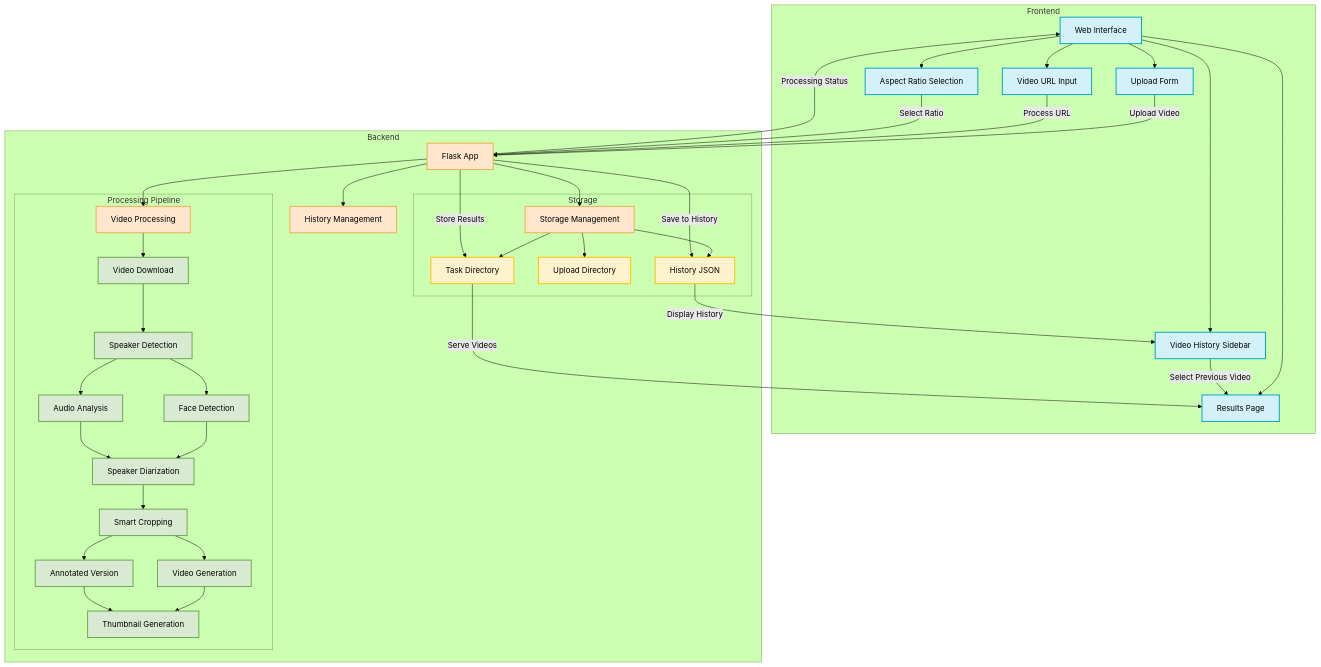
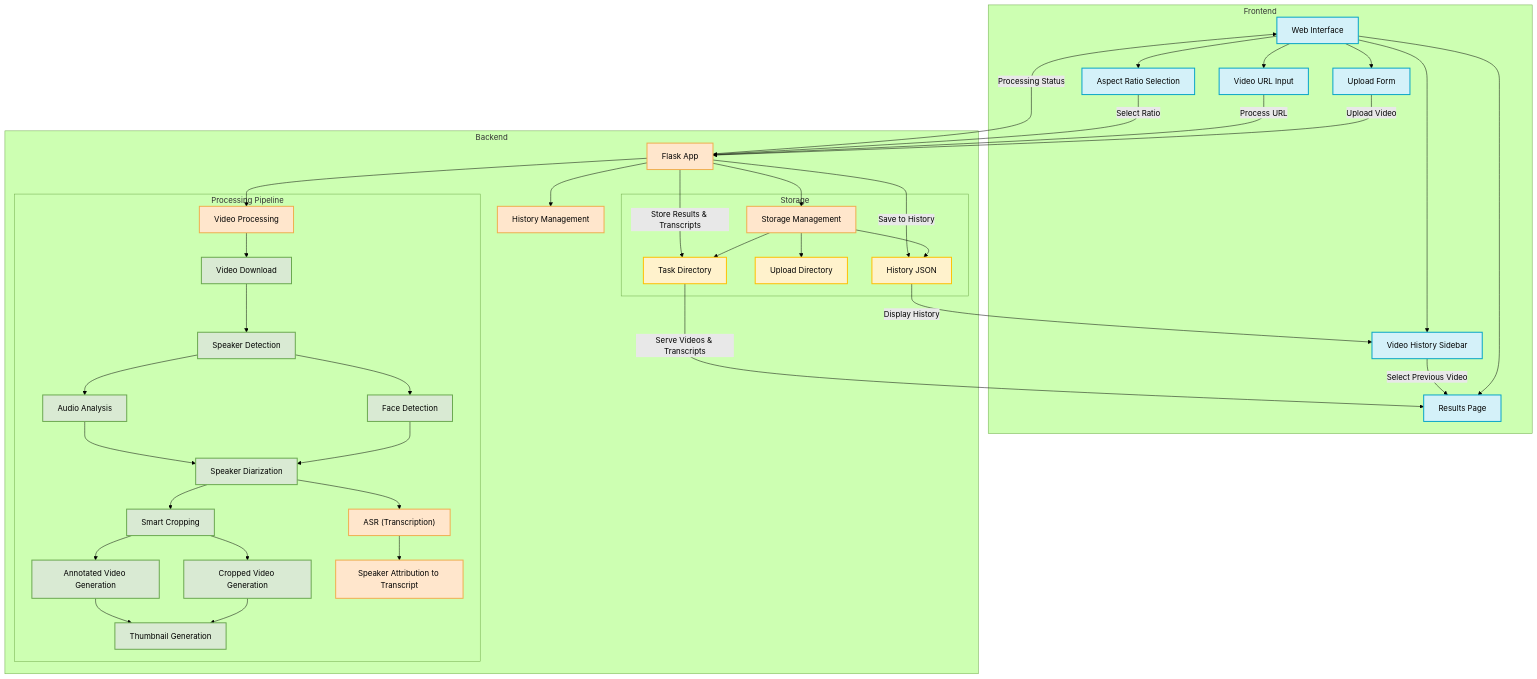
Before and after one commit to simulamet-host/VoiceVision: the diagram in README.md, drawn with Mermaid (forest theme). The commit also changed other lines of this file and 1 other file, not shown here.

Commit message:
Update README to include Docker usage instructions and enhance transcription details

````diff
--- a/README.md
+++ b/README.md
@@ -17,56 +22,59 @@
 ```mermaid
 graph TD
     subgraph Frontend
-        A[Web Interface] --> B[Upload Form]
-        A --> C[Video URL Input]
-        A --> D[Aspect Ratio Selection]
-        A --> E[Video History Sidebar]
-        A --> F[Results Page]
+        A["Web Interface"] --> B["Upload Form"]
+        A --> C["Video URL Input"]
+        A --> D["Aspect Ratio Selection"]
+        A --> E["Video History Sidebar"]
+        A --> F["Results Page"]
     end
 
     subgraph Backend
-        G[Flask App] --> H[Video Processing]
-        G --> I[Storage Management]
-        G --> J[History Management]
+        G["Flask App"] --> H["Video Processing"]
+        G --> I["Storage Management"]
+        G --> J["History Management"]
       
         subgraph "Processing Pipeline"
-            H --> K[Video Download]
-            K --> L[Speaker Detection]
-            L --> M[Face Detection]
-            L --> N[Audio Analysis]
-            M & N --> O[Speaker Diarization]
-            O --> P[Smart Cropping]
-            P --> Q[Video Generation]
-            P --> R[Annotated Version]
-            Q & R --> S[Thumbnail Generation]
+            H --> K["Video Download"]
+            K --> L["Speaker Detection"]
+            L --> M["Face Detection"]
+            L --> N["Audio Analysis"]
+            M & N --> O["Speaker Diarization"]
+            O --> P["Smart Cropping"]
+            P --> Q["Cropped Video Generation"]
+            P --> R["Annotated Video Generation"]
+            Q & R --> S["Thumbnail Generation"]
+            O --> T1["ASR (Transcription)"]
+            T1 --> T2["Speaker Attribution to Transcript"]
         end
       
         subgraph "Storage"
-            I --> T[Task Directory]
-            I --> U[Upload Directory]
-            I --> V[History JSON]
+            I --> T["Task Directory"]
+            I --> U["Upload Directory"]
+            I --> V["History JSON"]
         end
     end
 
     %% User flows
     B --> |Upload Video| G
     C --> |Process URL| G
     D --> |Select Ratio| G
     G --> |Processing Status| A
-    G --> |Store Results| T
+    G --> |Store Results & Transcripts| T
     G --> |Save to History| V
-    T --> |Serve Videos| F
+    T --> |Serve Videos & Transcripts| F
     V --> |Display History| E
     E --> |Select Previous Video| F
 
     %% Component details
     classDef frontend fill:#d4f1f9,stroke:#05a3c7,stroke-width:2px
     classDef backend fill:#ffe6cc,stroke:#f0ad4e,stroke-width:2px
     classDef processing fill:#d9ead3,stroke:#6aa84f,stroke-width:2px
     classDef storage fill:#fff2cc,stroke:#ffbf00,stroke-width:2px
   
     class A,B,C,D,E,F frontend
-    class G,H,I,J backend
+    class G,H,I,J,T1,T2 backend
+    %% T1, T2 are backend processing steps
     class K,L,M,N,O,P,Q,R,S processing
     class T,U,V storage
 ```
````
